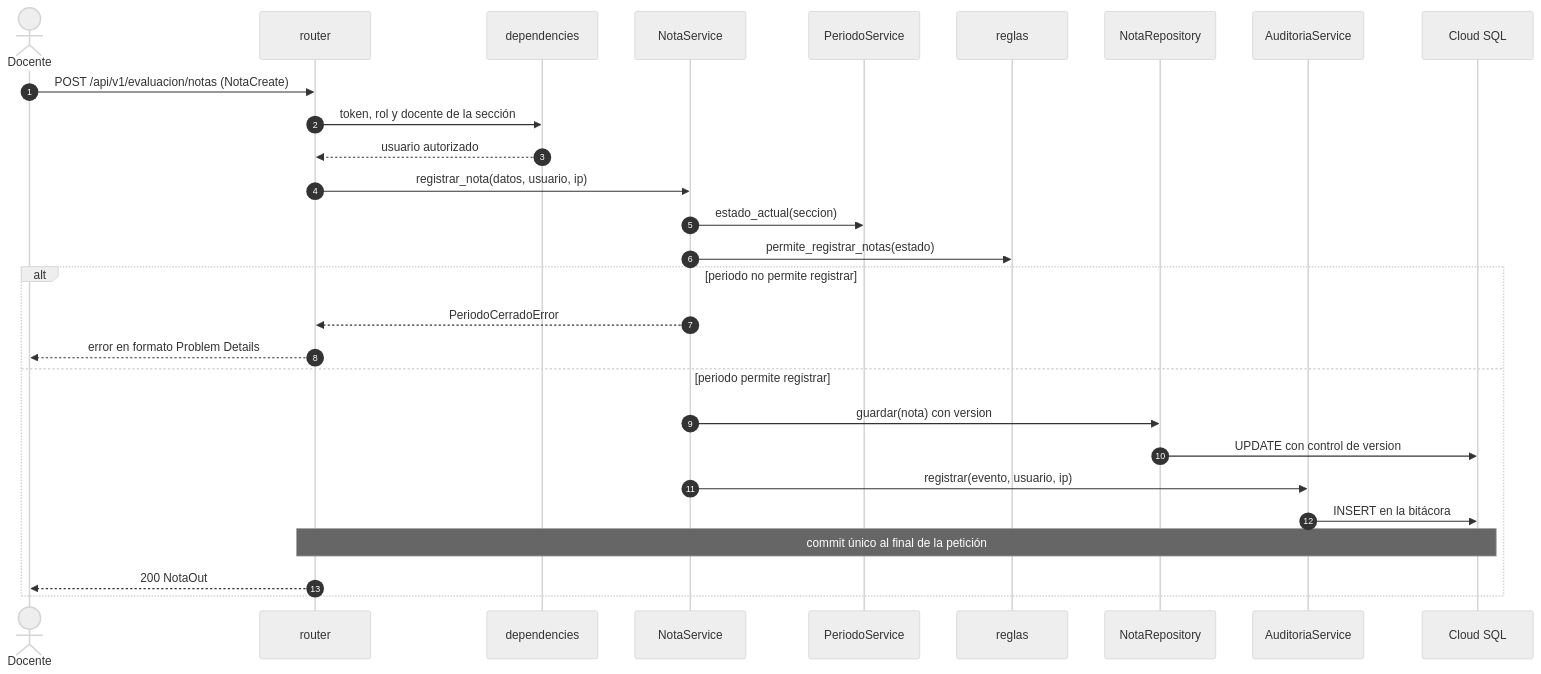
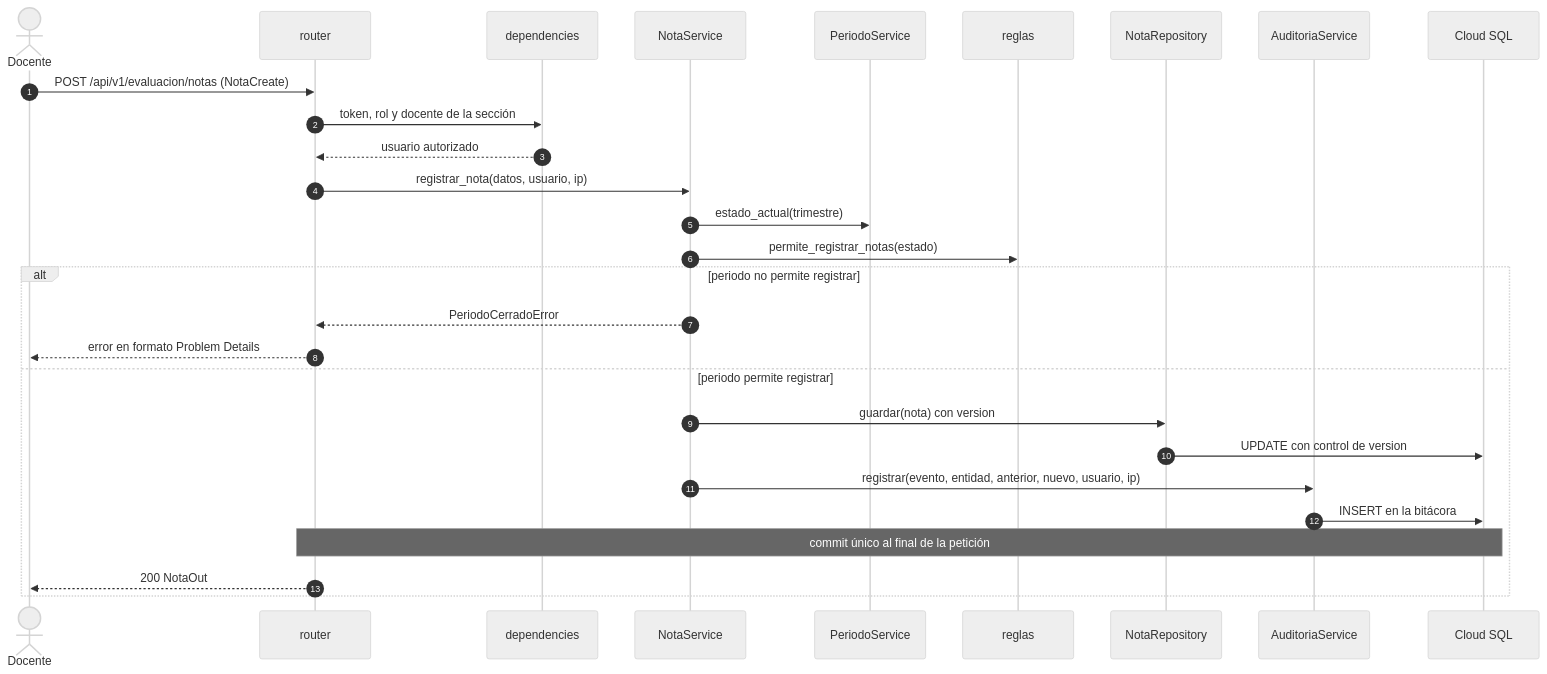
One commit to HafidJoss/PORTAL_DE_SERVICIOS_ESTUDIANTILES changed the second of 2 diagrams in docs/04-modelo-c4/04-nivel4-codigo.md. Above: the diagram before and after it, drawn with Mermaid (neutral theme). The commit also changed other lines of this file and 3 other files, not shown here.

````diff
--- a/docs/04-modelo-c4/04-nivel4-codigo.md
+++ b/docs/04-modelo-c4/04-nivel4-codigo.md
@@ -140,31 +142,31 @@
 ```mermaid
 sequenceDiagram
     autonumber
     actor D as Docente
     participant R as router
     participant DEP as dependencies
     participant S as NotaService
     participant P as PeriodoService
     participant G as reglas
     participant REP as NotaRepository
     participant A as AuditoriaService
     participant DB as Cloud SQL
 
     D->>R: POST /api/v1/evaluacion/notas (NotaCreate)
     R->>DEP: token, rol y docente de la sección
     DEP-->>R: usuario autorizado
     R->>S: registrar_nota(datos, usuario, ip)
-    S->>P: estado_actual(seccion)
+    S->>P: estado_actual(trimestre)
     S->>G: permite_registrar_notas(estado)
     alt periodo no permite registrar
         S-->>R: PeriodoCerradoError
         R-->>D: error en formato Problem Details
     else periodo permite registrar
         S->>REP: guardar(nota) con version
         REP->>DB: UPDATE con control de version
-        S->>A: registrar(evento, usuario, ip)
+        S->>A: registrar(evento, entidad, anterior, nuevo, usuario, ip)
         A->>DB: INSERT en la bitácora
         Note over R,DB: commit único al final de la petición
         R-->>D: 200 NotaOut
     end
 ```
````
